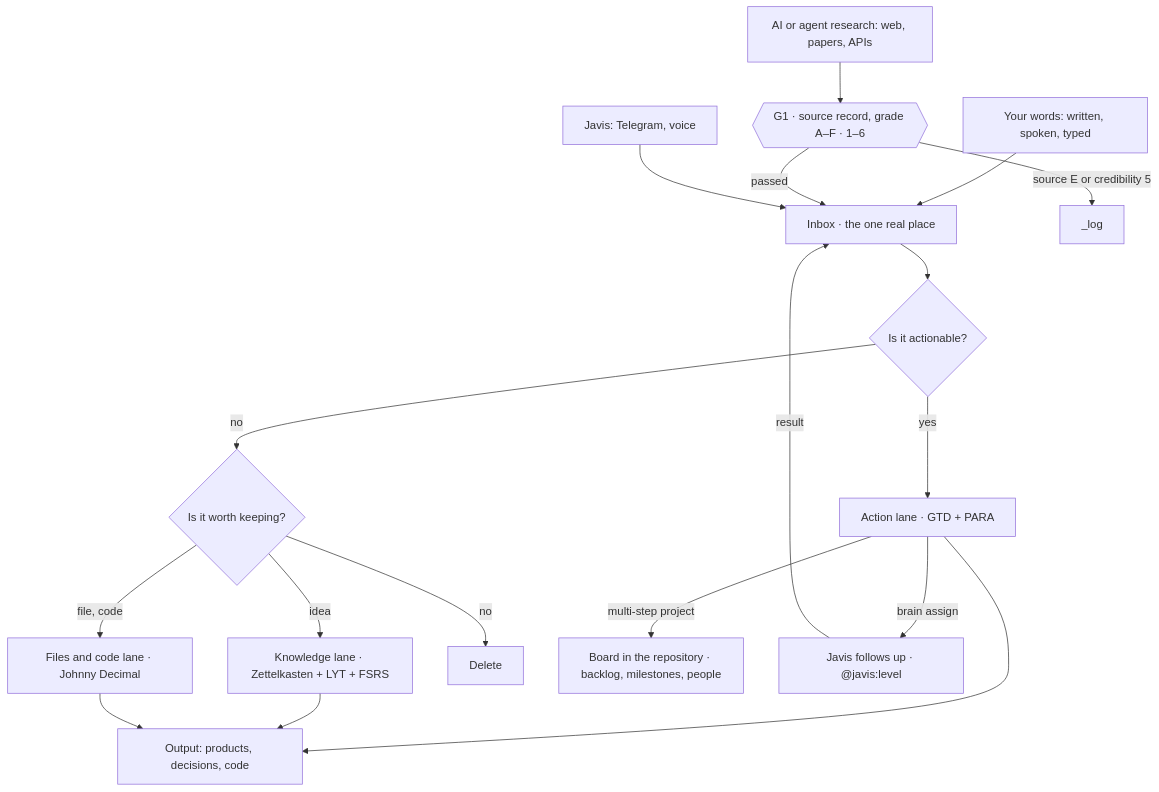
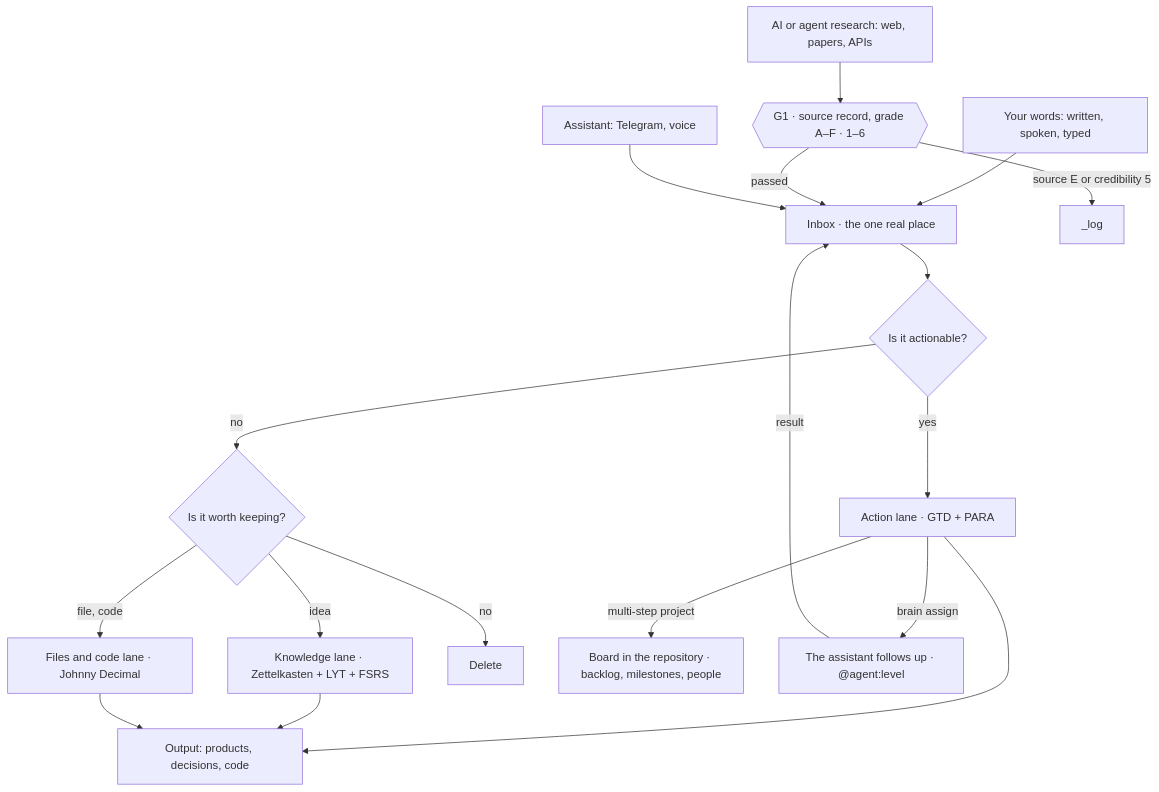
Before and after one commit to DaveTran243/Brain_Standard: the diagram in README.md, drawn with Mermaid. The commit also changed other lines of this file and 34 other files, not shown here.

````diff
--- a/README.md
+++ b/README.md
@@ -60,20 +63,20 @@
 ```mermaid
 flowchart TD
   T["Your words: written, spoken, typed"] --> IN["Inbox · the one real place"]
   AG["AI or agent research: web, papers, APIs"] --> G1{{"G1 · source record, grade A–F · 1–6"}}
   G1 -- "passed" --> IN
   G1 -- "source E or credibility 5" --> LOG["_log"]
-  JV["Javis: Telegram, voice"] --> IN
+  JV["Assistant: Telegram, voice"] --> IN
   IN --> Q1{"Is it actionable?"}
   Q1 -- "yes" --> AC["Action lane · GTD + PARA"]
   Q1 -- "no" --> Q2{"Is it worth keeping?"}
   Q2 -- "idea" --> KN["Knowledge lane · Zettelkasten + LYT + FSRS"]
   Q2 -- "file, code" --> FC["Files and code lane · Johnny Decimal"]
   Q2 -- "no" --> X["Delete"]
   AC -- "multi-step project" --> BD["Board in the repository · backlog, milestones, people"]
-  AC -- "brain assign" --> JF["Javis follows up · @javis:level"]
+  AC -- "brain assign" --> JF["The assistant follows up · @agent:level"]
   JF -- "result" --> IN
   AC --> OUT["Output: products, decisions, code"]
   KN --> OUT
   FC --> OUT
 ```
````
